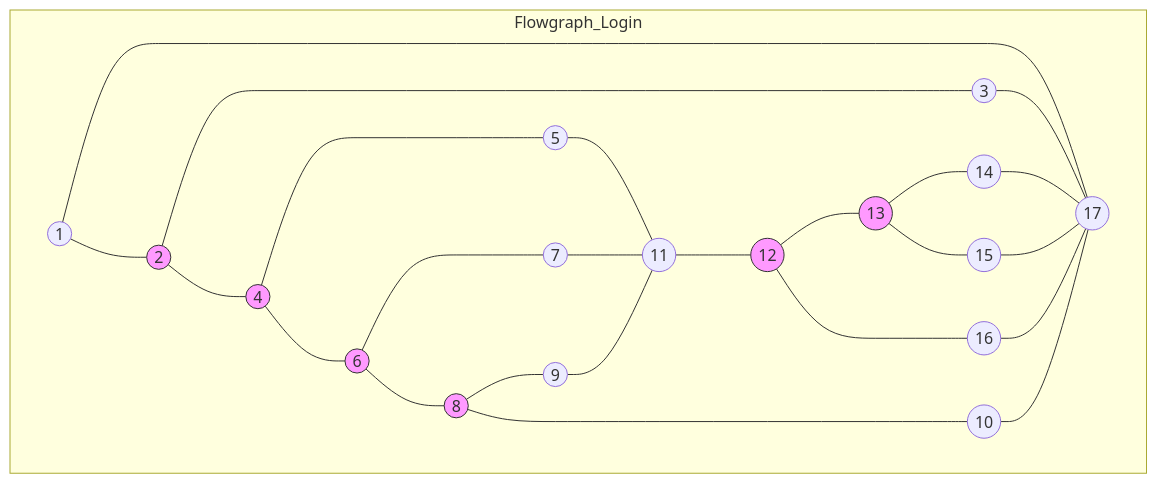
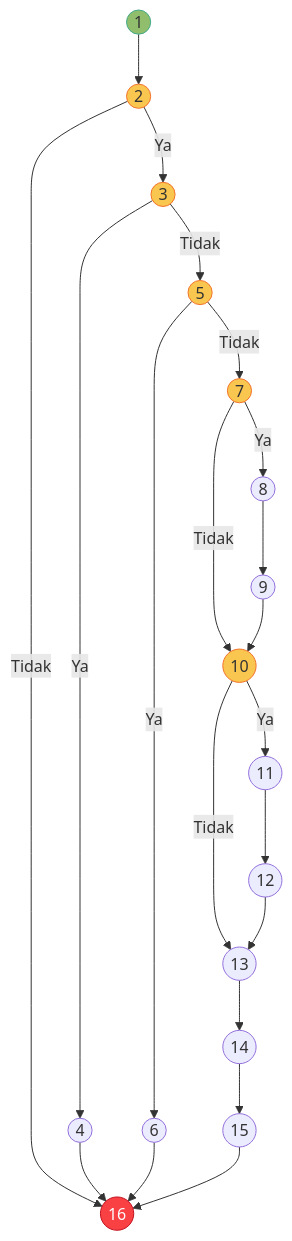
One commit to arbain-dev/Web_fikom changed the sixth of 6 diagrams in docs/07_PENGUJIAN_WHITE_BOX.md. Above: the diagram before and after it, drawn with Mermaid. The commit also changed other lines of this file and 46 other files, not shown here.

````diff
--- a/docs/07_PENGUJIAN_WHITE_BOX.md
+++ b/docs/07_PENGUJIAN_WHITE_BOX.md
@@ -64,34 +291,31 @@
 ```mermaid
 graph TD
-    subgraph Flowgraph_Login
-    G1((1)) --- G17
-    G1 --- G2
-    G2((2)) --- G3((3))
-    G2 --- G4((4))
-    G3 --- G17((17))
-    G4 --- G5((5))
-    G4 --- G6((6))
-    G5 --- G11
-    G6 --- G7((7))
-    G6 --- G8((8))
-    G7 --- G11
-    G8 --- G9((9))
-    G8 --- G10((10))
-    G9 --- G11((11))
-    G10 --- G17
-    G11 --- G12((12))
-    G12 --- G13((13))
-    G12 --- G16((16))
-    G13 --- G14((14))
-    G13 --- G15((15))
-    G14 --- G17
-    G15 --- G17
-    G16 --- G17
-    end
-    style G2 fill:#f9f,stroke:#333
-    style G4 fill:#f9f,stroke:#333
-    style G6 fill:#f9f,stroke:#333
-    style G8 fill:#f9f,stroke:#333
-    style G12 fill:#f9f,stroke:#333
-    style G13 fill:#f9f,stroke:#333
+    N1((1)) --> N2((2))
+    N2 -->|Tidak| N16((16))
+    N2 -->|Ya| N3((3))
+    N3 -->|Ya| N4((4))
+    N3 -->|Tidak| N5((5))
+    N4 --> N16
+    N5 -->|Ya| N6((6))
+    N5 -->|Tidak| N7((7))
+    N6 --> N16
+    N7 -->|Ya| N8((8))
+    N7 -->|Tidak| N10((10))
+    N8 --> N9((9))
+    N9 --> N10
+    N10 -->|Ya| N11((11))
+    N10 -->|Tidak| N13((13))
+    N11 --> N12((12))
+    N12 --> N13
+    N13 --> N14((14))
+    N14 --> N15((15))
+    N15 --> N16
+
+    style N1 fill:#90be6d,stroke:#43aa8b
+    style N2 fill:#f9c74f,stroke:#f3722c
+    style N3 fill:#f9c74f,stroke:#f3722c
+    style N5 fill:#f9c74f,stroke:#f3722c
+    style N7 fill:#f9c74f,stroke:#f3722c
+    style N10 fill:#f9c74f,stroke:#f3722c
+    style N16 fill:#f94144,stroke:#c1121f,color:#fff
 ```
````
